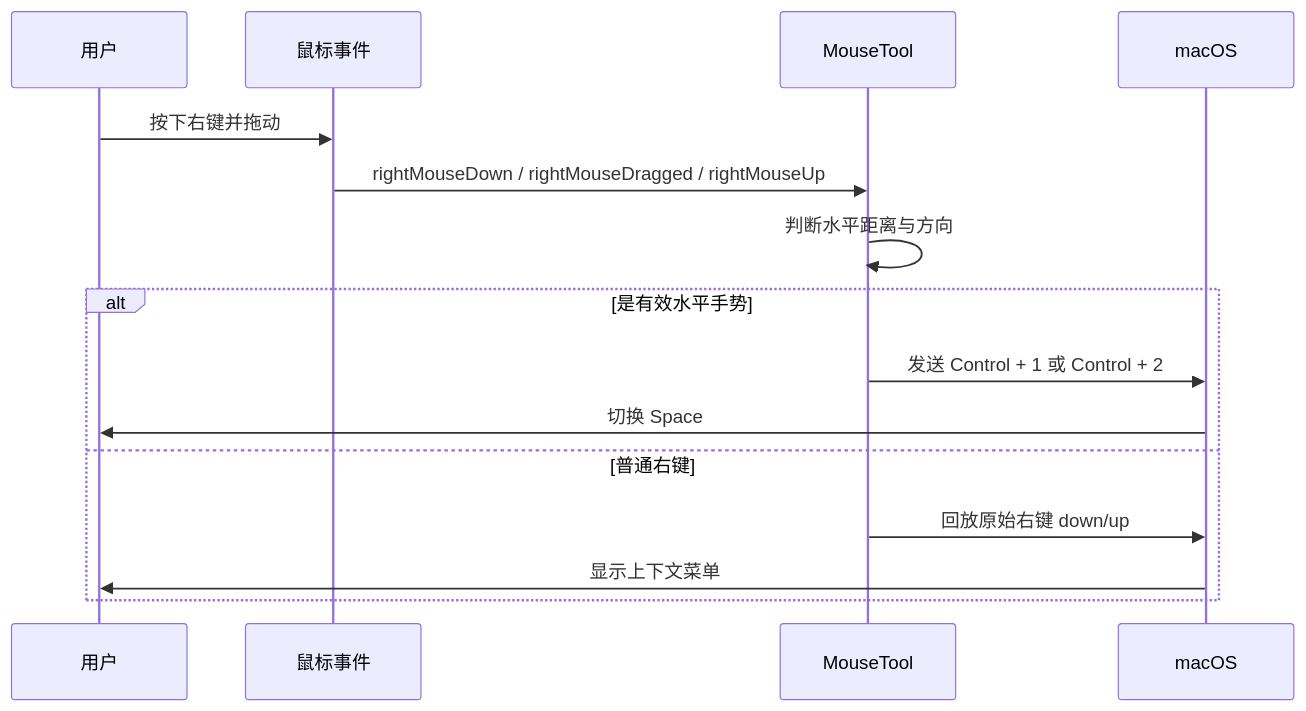
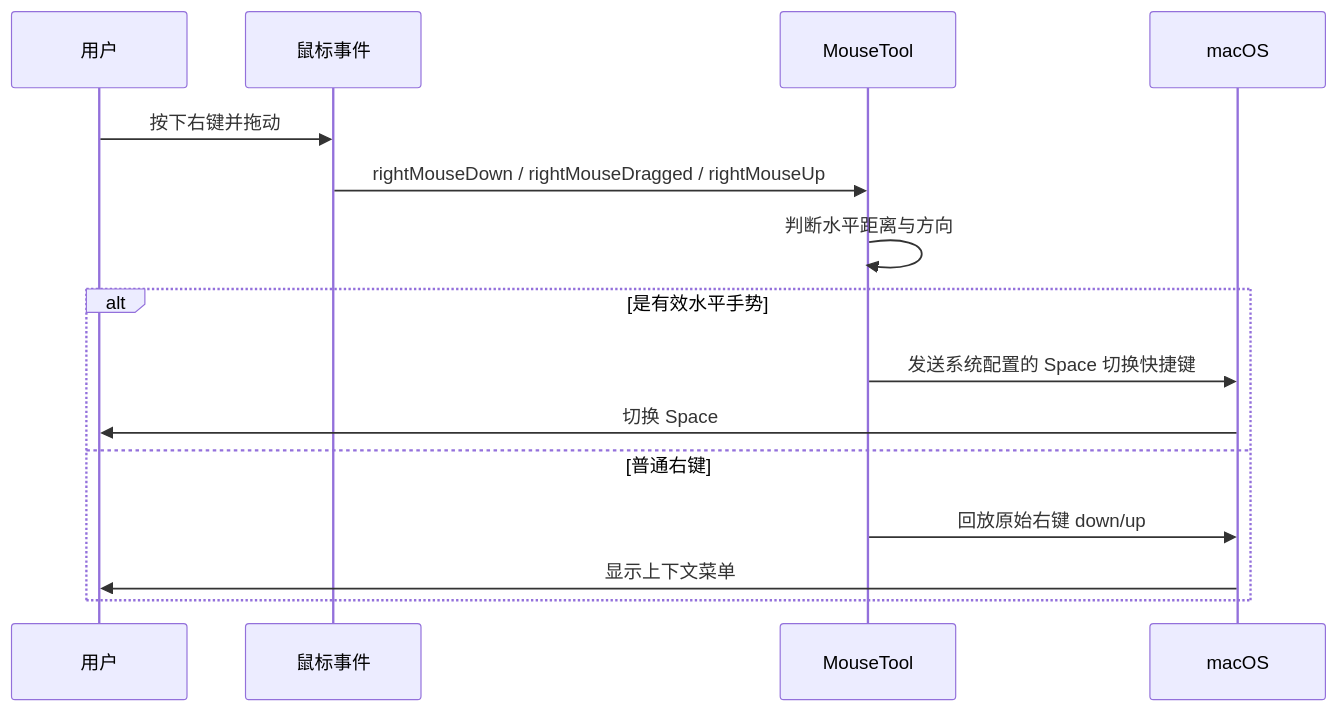
The diagram in README.md (dss886/MouseTool), drawn with Mermaid before and after one commit. The commit also changed other lines of this file and 2 other files, not shown here.

````diff
--- a/README.md
+++ b/README.md
@@ -95,18 +95,18 @@
 ```mermaid
 sequenceDiagram
     participant User as 用户
     participant Mouse as 鼠标事件
     participant App as MouseTool
     participant macOS as macOS
 
     User->>Mouse: 按下右键并拖动
     Mouse->>App: rightMouseDown / rightMouseDragged / rightMouseUp
     App->>App: 判断水平距离与方向
     alt 是有效水平手势
-        App->>macOS: 发送 Control + 1 或 Control + 2
+        App->>macOS: 发送系统配置的 Space 切换快捷键
         macOS->>User: 切换 Space
     else 普通右键
         App->>macOS: 回放原始右键 down/up
         macOS->>User: 显示上下文菜单
     end
 ```
````
